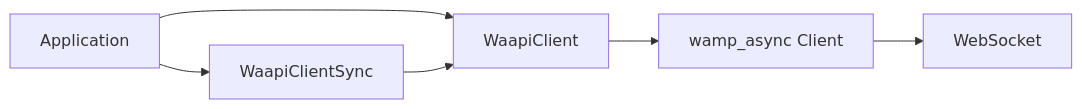
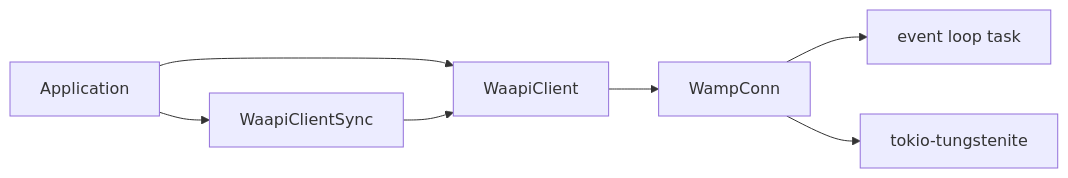
The first of 2 diagrams in docs/DESIGN.md (xmimu/waapi-rs), drawn with Mermaid before and after one commit. The commit also changed other lines of this file and 14 other files, not shown here.

First line of the commit message:
Refactor: replace wamp_async git dep with tokio-tungstenite, bump to v0.2.0

````diff
--- a/docs/DESIGN.md
+++ b/docs/DESIGN.md
@@ -25,13 +25,15 @@
 ```mermaid
 flowchart LR
     App[Application]
     Async[WaapiClient]
     Sync[WaapiClientSync]
-    Wamp[wamp_async Client]
-    WS[WebSocket]
+    Conn[WampConn]
+    Loop[event loop task]
+    WS[tokio-tungstenite]
     App --> Async
     App --> Sync
     Sync --> Async
-    Async --> Wamp
-    Wamp --> WS
+    Async --> Conn
+    Conn --> Loop
+    Conn --> WS
 ```
````
